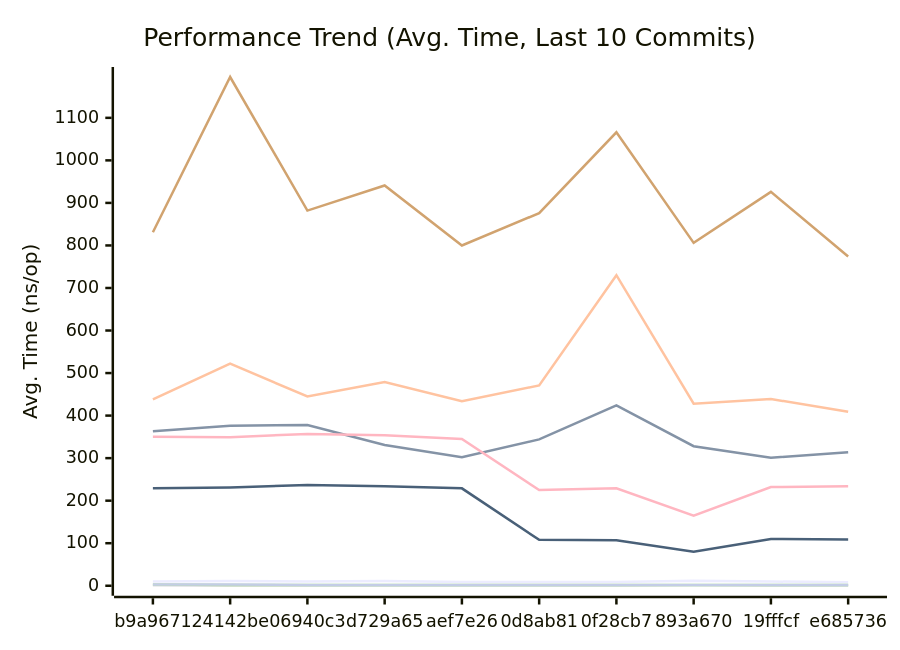
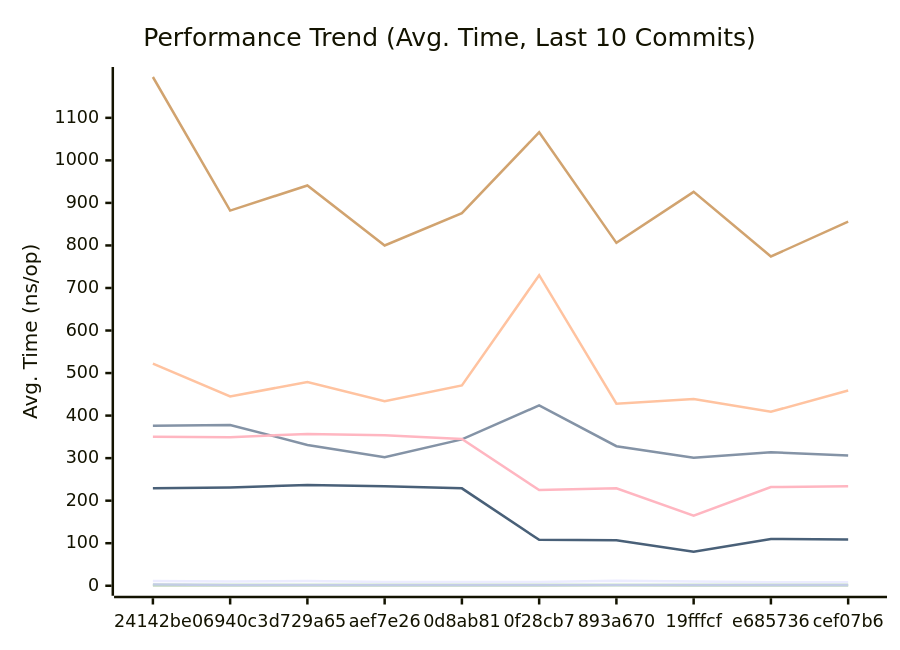
One commit to alsotoes/momo changed the first of 3 diagrams in docs/PERFORMANCE.md. Above: the diagram before and after it, drawn with Mermaid. The commit also changed other lines of this file and 2 other files, not shown here.

````diff
--- a/docs/PERFORMANCE.md
+++ b/docs/PERFORMANCE.md
@@ -80,16 +80,16 @@
 ```mermaid
 xychart-beta
     title "Performance Trend (Avg. Time, Last 10 Commits)"
     x-axis "Commit"
     y-axis "Avg. Time (ns/op)"
-    x-axis [b9a9671,24142be,06940c3,d729a65,aef7e26,0d8ab81,0f28cb7,893a670,19fffcf,e685736]
-    line "CheckMetricsAndSwap" [10,11,10,11,9,9,9,12,10,8]
-    line "CrushOptimized" [363,376,378,331,302,344,424,328,301,314]
-    line "CrushOriginal" [438,522,445,479,434,471,730,428,439,409]
-    line "IndexDirectTracking" [1,0,0,0,0,0,0,1,0,0]
-    line "IndexSearch" [3,2,2,2,2,2,2,2,2,2]
-    line "LoadGlobalConfig" [831,1196,882,941,800,876,1066,806,926,774]
-    line "PadString" [3,3,2,2,2,2,2,2,2,2]
+    x-axis [24142be,06940c3,d729a65,aef7e26,0d8ab81,0f28cb7,893a670,19fffcf,e685736,cef07b6]
+    line "CheckMetricsAndSwap" [11,10,11,9,9,9,12,10,8,8]
+    line "CrushOptimized" [376,378,331,302,344,424,328,301,314,306]
+    line "CrushOriginal" [522,445,479,434,471,730,428,439,409,459]
+    line "IndexDirectTracking" [0,0,0,0,0,0,1,0,0,0]
+    line "IndexSearch" [2,2,2,2,2,2,2,2,2,2]
+    line "LoadGlobalConfig" [1196,882,941,800,876,1066,806,926,774,856]
+    line "PadString" [3,2,2,2,2,2,2,2,2,2]
     line "ParseReplicationOrder_NoPrealloc" [350,349,357,354,345,225,229,165,232,234]
     line "ParseReplicationOrder_Prealloc" [229,231,237,234,229,108,107,80,110,109]
 ```
````
